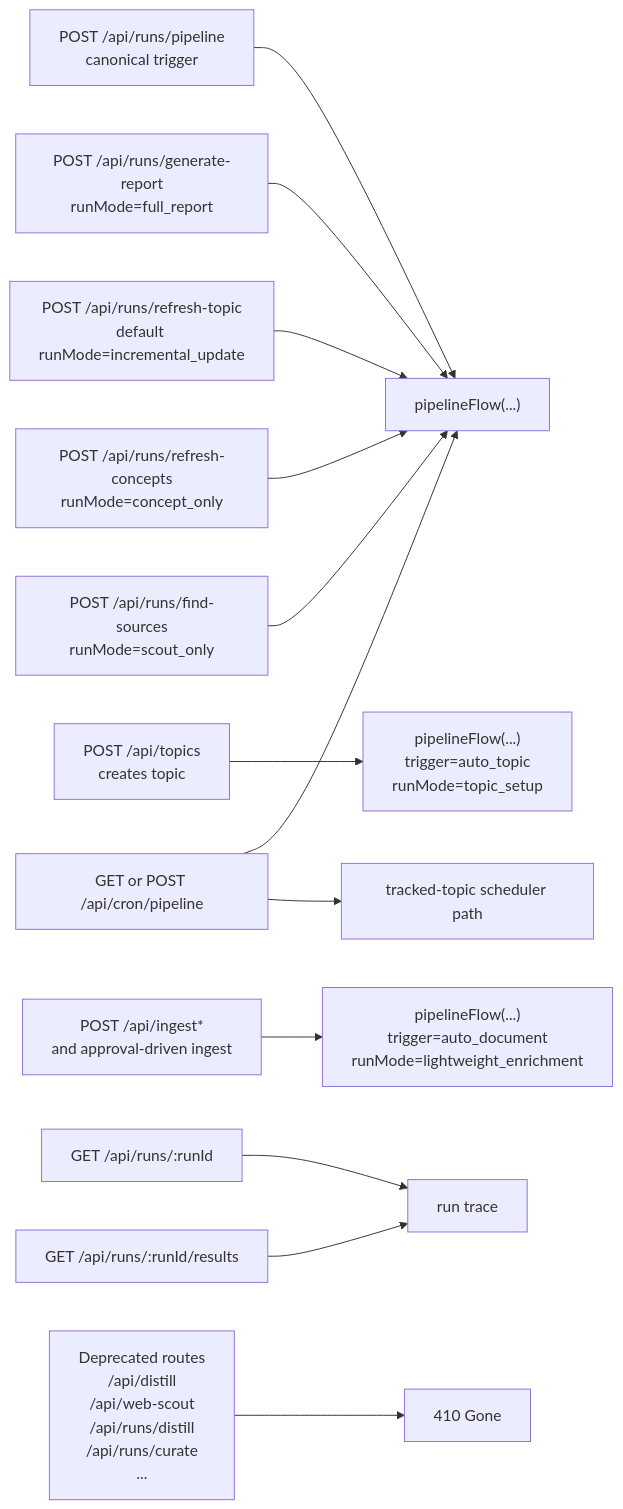
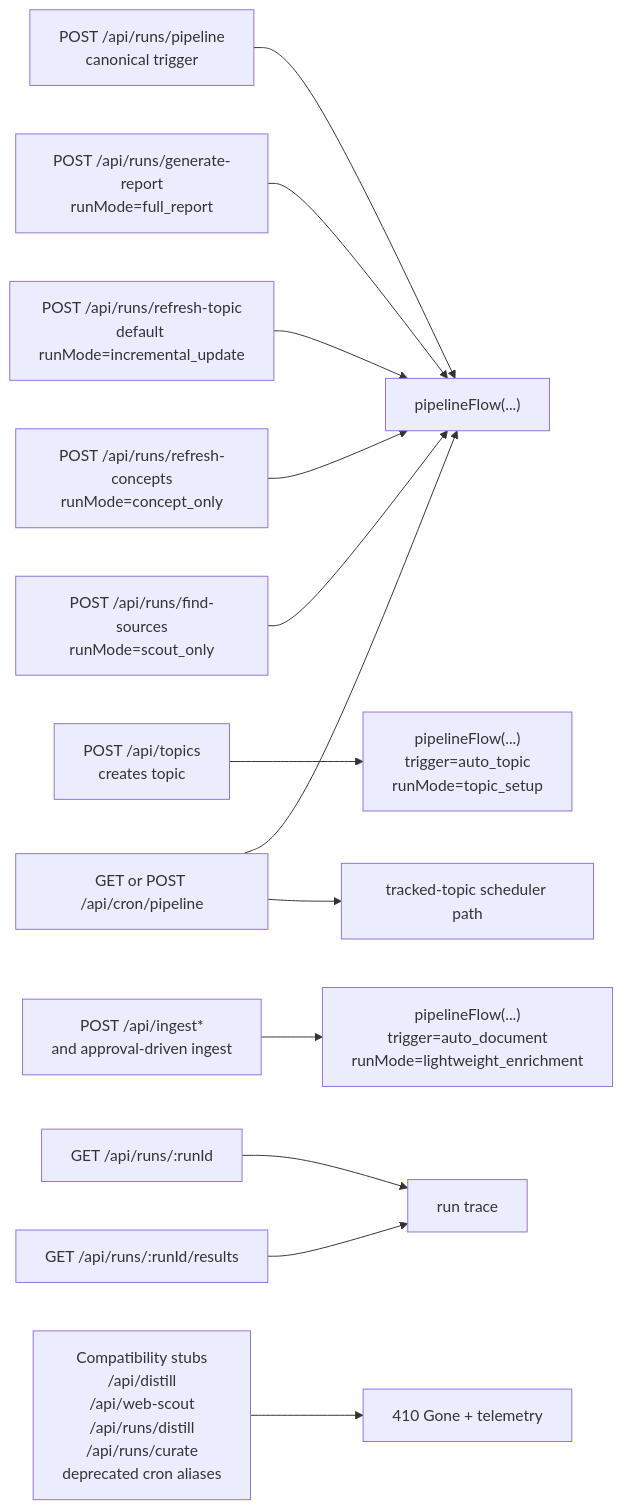
The first of 5 diagrams in docs/current-agent-architecture.md (rondigital1/concept-vault), drawn with Mermaid before and after one commit. The commit also changed other lines of this file and 5 other files, not shown here.

Commit message:
docs: update agent architecture and system reference, remove outdated UI audit documents

````diff
--- a/docs/current-agent-architecture.md
+++ b/docs/current-agent-architecture.md
@@ -16,20 +16,20 @@
 ```mermaid
 flowchart LR
   Pipeline["POST /api/runs/pipeline<br/>canonical trigger"] --> Flow["pipelineFlow(...)"]
 
   Generate["POST /api/runs/generate-report<br/>runMode=full_report"] --> Flow
   Refresh["POST /api/runs/refresh-topic<br/>default runMode=incremental_update"] --> Flow
   Concepts["POST /api/runs/refresh-concepts<br/>runMode=concept_only"] --> Flow
   Sources["POST /api/runs/find-sources<br/>runMode=scout_only"] --> Flow
 
   Topics["POST /api/topics<br/>creates topic"] --> TopicSetup["pipelineFlow(...)<br/>trigger=auto_topic<br/>runMode=topic_setup"]
   Ingest["POST /api/ingest*<br/>and approval-driven ingest"] --> Enrich["pipelineFlow(...)<br/>trigger=auto_document<br/>runMode=lightweight_enrichment"]
 
   Cron["GET or POST /api/cron/pipeline"] --> Flow
   Cron --> Scheduler["tracked-topic scheduler path"]
 
   Trace["GET /api/runs/:runId"] --> Read["run trace"]
   Results["GET /api/runs/:runId/results"] --> Read
 
-  Legacy["Deprecated routes<br/>/api/distill<br/>/api/web-scout<br/>/api/runs/distill<br/>/api/runs/curate<br/>..."] --> Gone["410 Gone"]
+  Legacy["Compatibility stubs<br/>/api/distill<br/>/api/web-scout<br/>/api/runs/distill<br/>/api/runs/curate<br/>deprecated cron aliases"] --> Gone["410 Gone + telemetry"]
 ```
````
